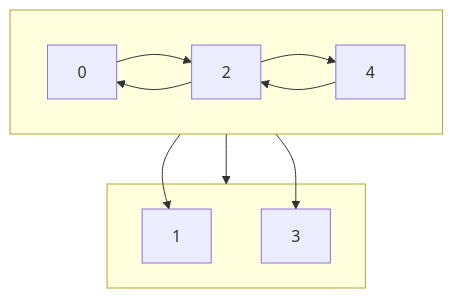
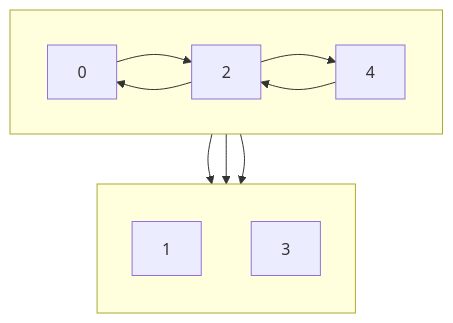
One commit to alkasher/Fibonacci_Heap changed the second of 2 diagrams in README.md. Above: the diagram before and after it, drawn with Mermaid.

````diff
--- a/README.md
+++ b/README.md
@@ -43,17 +43,18 @@
 ```mermaid
 flowchart TD
 
 subgraph Z[" "]
 direction LR
   0 --> 2
 2-->0
 2-->4
 4-->2
 end
 
- subgraph ZA[" "]
+subgraph ZA[" "]
+direction TD
     0-->1
     2-->3
 end
 Z --> ZA
 ```
````
